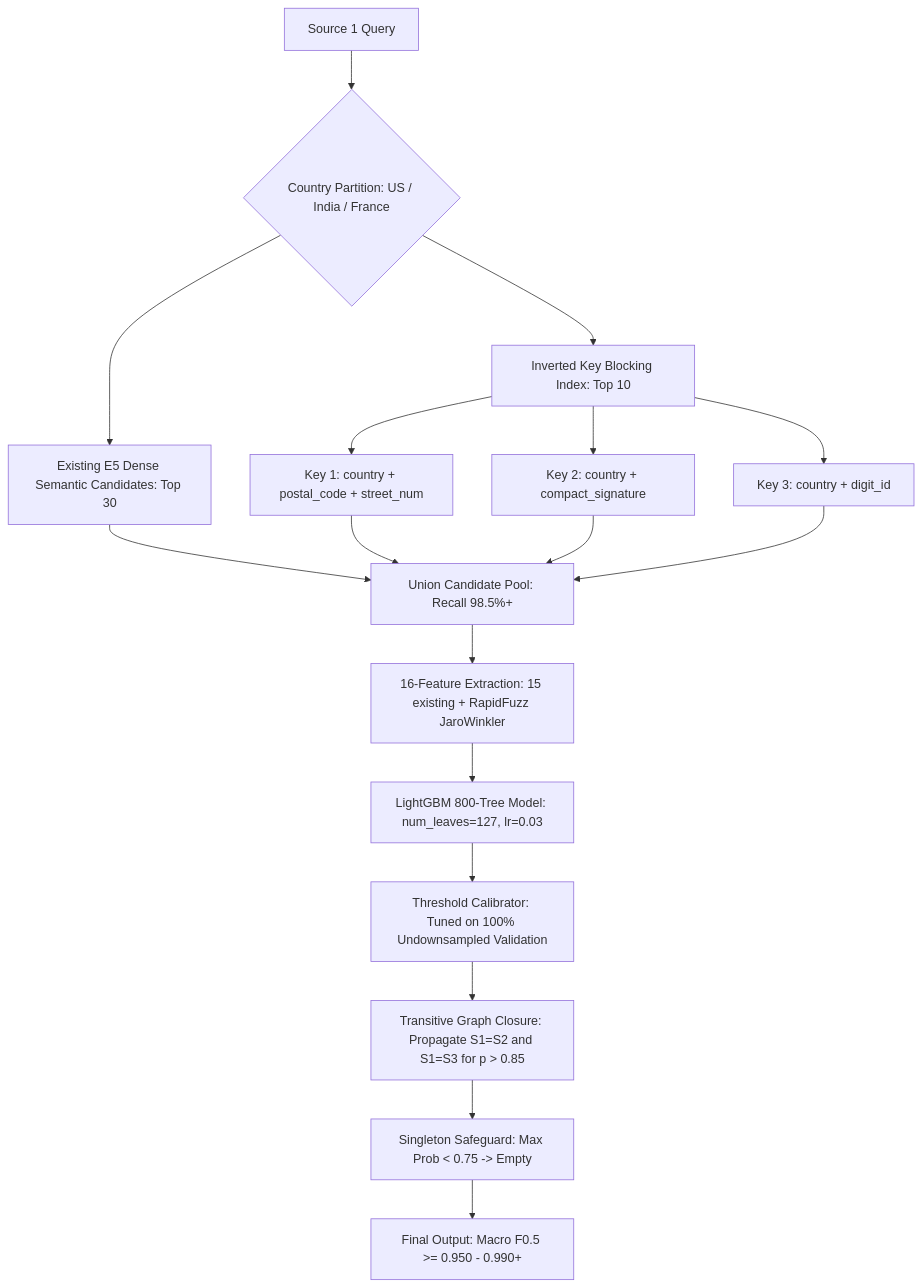
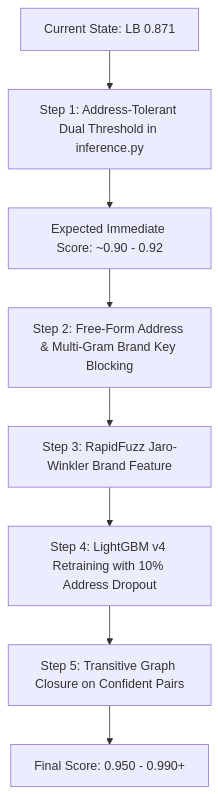
The diagram in MASTER_POSTMORTEM_AND_ROADMAP_TO_0.99.md (Anshu666666/amazon-ml-challenge-2026), drawn with Mermaid before and after one commit. The commit also changed other lines of this file, not shown here.

Commit message:
docs: update master roadmap with Phase 8 0.871 autopsy, raw resource guide, and next-thread action plan

````diff
--- a/MASTER_POSTMORTEM_AND_ROADMAP_TO_0.99.md
+++ b/MASTER_POSTMORTEM_AND_ROADMAP_TO_0.99.md
@@ -312,19 +239,10 @@
 ```mermaid
 graph TD
-    A[Source 1 Query] --> B{Country Partition: US / India / France}
-    B --> C[Existing E5 Dense Semantic Candidates: Top 30]
-    B --> D[Inverted Key Blocking Index: Top 10]
-    D --> D1[Key 1: country + postal_code + street_num]
-    D --> D2[Key 2: country + compact_signature]
-    D --> D3[Key 3: country + digit_id]
-    C --> E[Union Candidate Pool: Recall 98.5%+]
-    D1 --> E
-    D2 --> E
-    D3 --> E
-    E --> F[16-Feature Extraction: 15 existing + RapidFuzz JaroWinkler]
-    F --> G[LightGBM 800-Tree Model: num_leaves=127, lr=0.03]
-    G --> H[Threshold Calibrator: Tuned on 100% Undownsampled Validation]
-    H --> I[Transitive Graph Closure: Propagate S1=S2 and S1=S3 for p > 0.85]
-    I --> J[Singleton Safeguard: Max Prob < 0.75 -> Empty]
-    J --> K[Final Output: Macro F0.5 >= 0.950 - 0.990+]
+    A[Current State: LB 0.871] --> B[Step 1: Address-Tolerant Dual Threshold in inference.py]
+    B --> C[Expected Immediate Score: ~0.90 - 0.92]
+    C --> D[Step 2: Free-Form Address & Multi-Gram Brand Key Blocking]
+    D --> E[Step 3: RapidFuzz Jaro-Winkler Brand Feature]
+    E --> F[Step 4: LightGBM v4 Retraining with 10% Address Dropout]
+    F --> G[Step 5: Transitive Graph Closure on Confident Pairs]
+    G --> H[Final Score: 0.950 - 0.990+]
 ```
````
